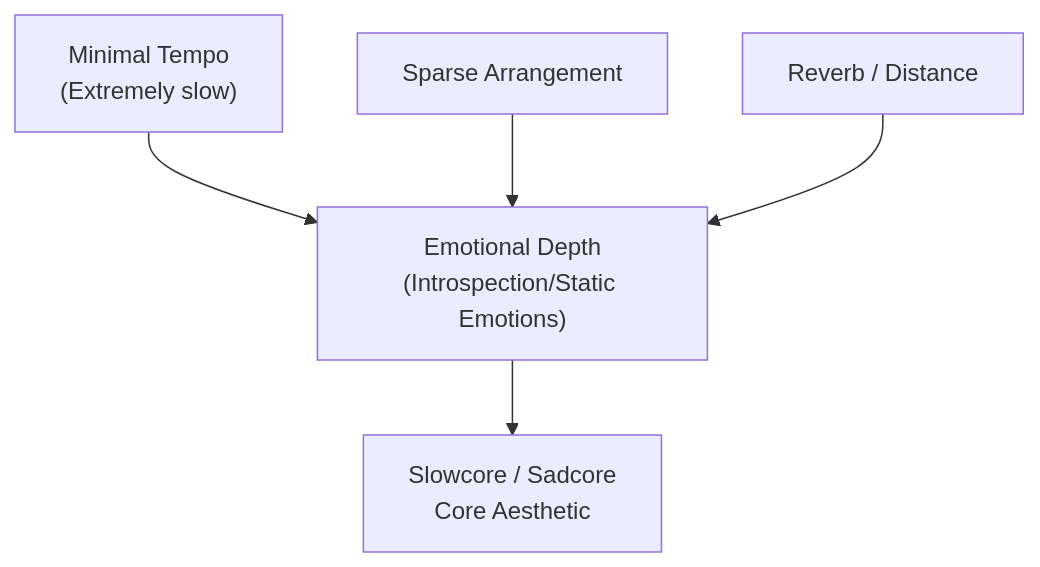
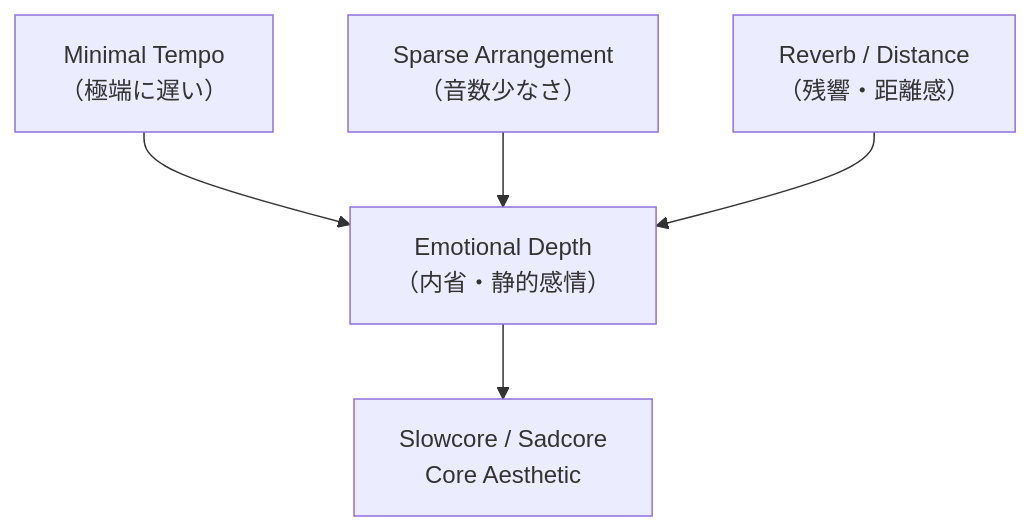
Before and after one commit to monumental-movement/monumental-movement.github.io: the second of 2 diagrams in en/_posts/2025-12-08-column-slowcore-sadcore.md, drawn with Mermaid. The commit also changed other lines of this file and 775 other files, not shown here.

```diff
--- a/en/_posts/2025-12-08-column-slowcore-sadcore.md
+++ b/en/_posts/2025-12-08-column-slowcore-sadcore.md
@@ -224,7 +224,7 @@
 <div class="mermaid">
 flowchart TD
-    A["Minimal Tempo<br/>(Extremely slow)"] --> C["Emotional Depth<br/>(Introspection/Static Emotions)"]
-    B["Sparse Arrangement"] --> C
-    D["Reverb / Distance"] --> C
+    A["Minimal Tempo<br/>（極端に遅い）"] --> C["Emotional Depth<br/>（内省・静的感情）"]
+    B["Sparse Arrangement<br/>（音数少なさ）"] --> C
+    D["Reverb / Distance<br/>（残響・距離感）"] --> C
     C --> E["Slowcore / Sadcore<br/>Core Aesthetic"]
 </div>
```
